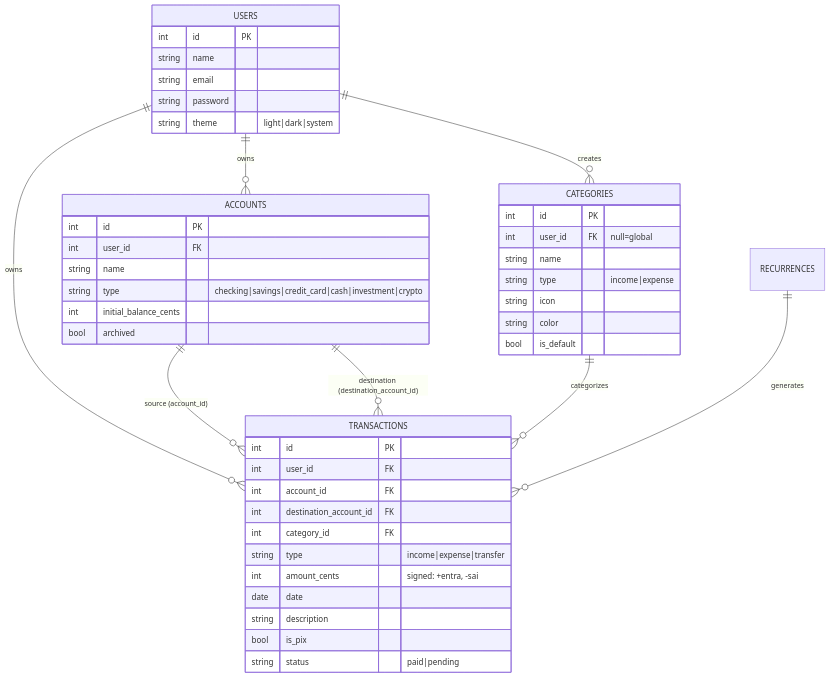
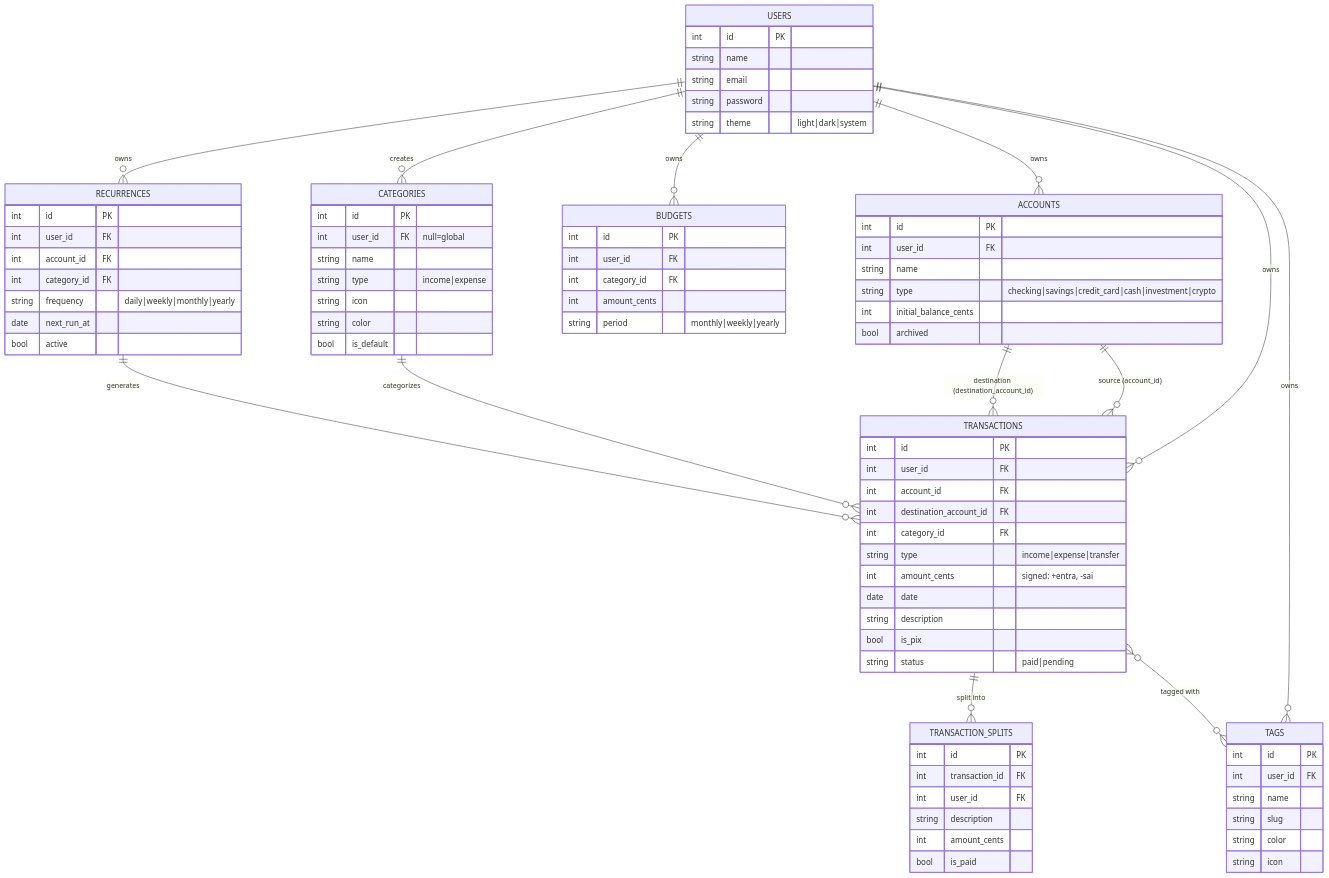
The diagram in README.md (hdellamanna/solar), drawn with Mermaid before and after one commit. The commit also changed other lines of this file, not shown here.

````diff
--- a/README.md
+++ b/README.md
@@ -102,10 +132,15 @@
     USERS ||--o{ ACCOUNTS : owns
     USERS ||--o{ CATEGORIES : creates
     USERS ||--o{ TRANSACTIONS : owns
+    USERS ||--o{ TAGS : owns
+    USERS ||--o{ BUDGETS : owns
+    USERS ||--o{ RECURRENCES : owns
     ACCOUNTS ||--o{ TRANSACTIONS : "source (account_id)"
     ACCOUNTS ||--o{ TRANSACTIONS : "destination (destination_account_id)"
     CATEGORIES ||--o{ TRANSACTIONS : "categorizes"
     RECURRENCES ||--o{ TRANSACTIONS : "generates"
+    TRANSACTIONS ||--o{ TRANSACTION_SPLITS : "split into"
+    TRANSACTIONS }o--o{ TAGS : "tagged with"
 
     USERS {
         int id PK
@@ -144,4 +179,36 @@
         bool is_pix
         string status "paid|pending"
     }
+    TAGS {
+        int id PK
+        int user_id FK
+        string name
+        string slug
+        string color
+        string icon
+    }
+    TRANSACTION_SPLITS {
+        int id PK
+        int transaction_id FK
+        int user_id FK
+        string description
+        int amount_cents
+        bool is_paid
+    }
+    BUDGETS {
+        int id PK
+        int user_id FK
+        int category_id FK
+        int amount_cents
+        string period "monthly|weekly|yearly"
+    }
+    RECURRENCES {
+        int id PK
+        int user_id FK
+        int account_id FK
+        int category_id FK
+        string frequency "daily|weekly|monthly|yearly"
+        date next_run_at
+        bool active
+    }
 ```
````
